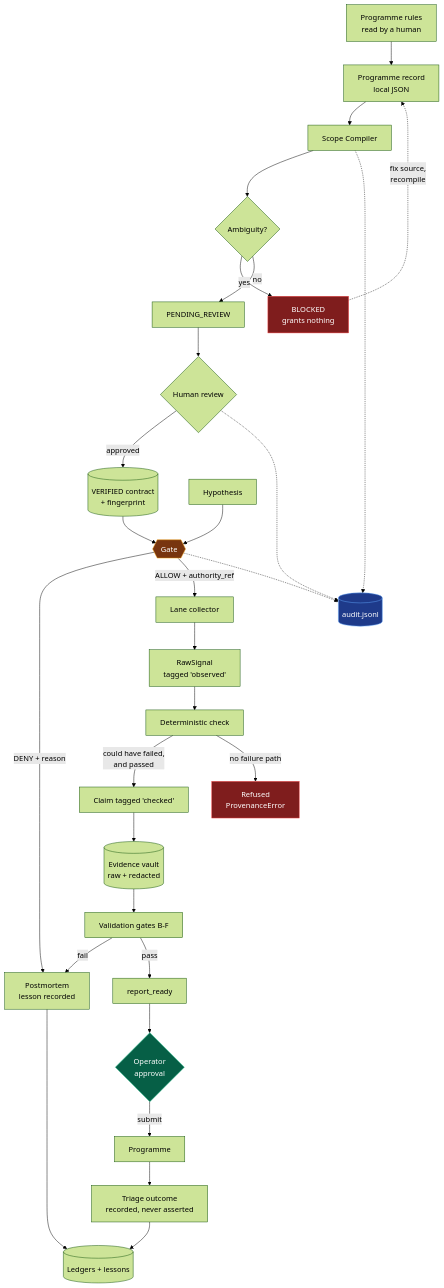
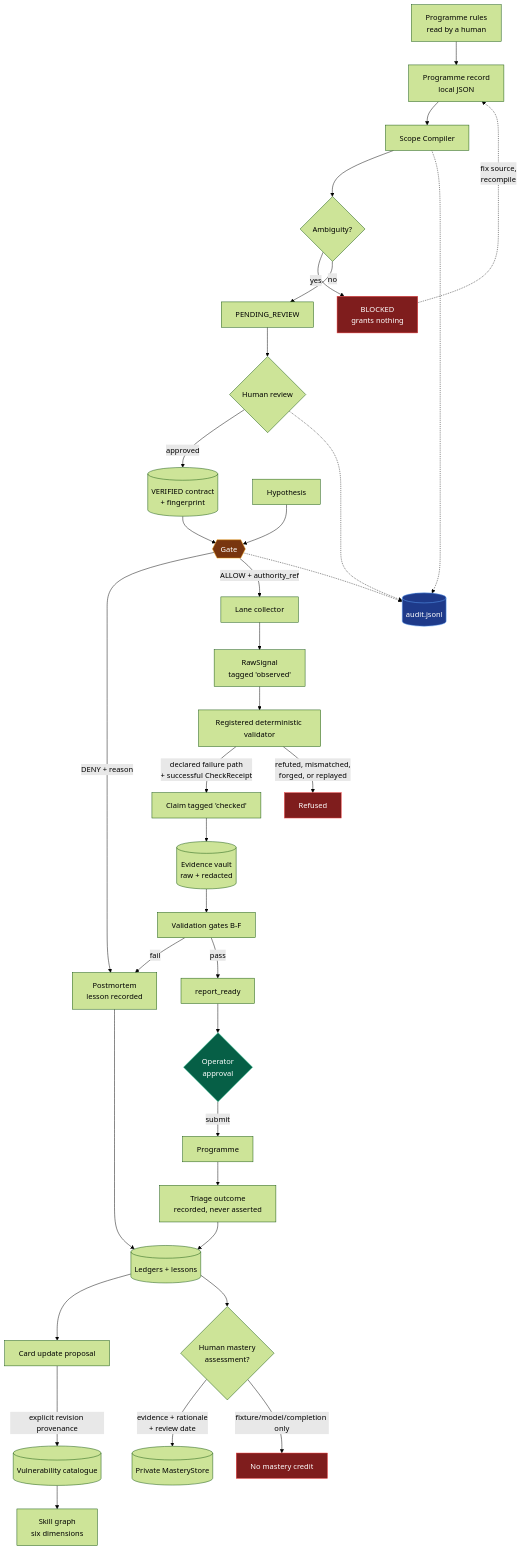
One commit to chasedndt/GreyTheory-Research changed the diagram in Docs/data-flow.md. Above: the diagram before and after it, drawn with Mermaid (forest theme). The commit also changed other lines of this file and 58 other files, not shown here.

Commit message:
feat: add vulnerability cards and skill graph

````diff
--- a/Docs/data-flow.md
+++ b/Docs/data-flow.md
@@ -7,39 +7,46 @@
 ```mermaid
 flowchart TD
     A[Programme rules<br/>read by a human] --> B[Programme record<br/>local JSON]
     B --> C[Scope Compiler]
     C --> D{Ambiguity?}
     D -->|yes| E[BLOCKED<br/>grants nothing]
     E -.->|fix source,<br/>recompile| B
     D -->|no| F[PENDING_REVIEW]
     F --> G{Human review}
     G -->|approved| H[(VERIFIED contract<br/>+ fingerprint)]
     H --> I{{Gate}}
 
     J[Hypothesis] --> I
     I -->|DENY + reason| K[Postmortem<br/>lesson recorded]
     I -->|ALLOW + authority_ref| L[Lane collector]
     L --> M[RawSignal<br/>tagged 'observed']
-    M --> N[Deterministic check]
-    N -->|could have failed,<br/>and passed| O[Claim tagged 'checked']
-    N -->|no failure path| P[Refused<br/>ProvenanceError]
+    M --> N[Registered deterministic validator]
+    N -->|declared failure path<br/>+ successful CheckReceipt| O[Claim tagged 'checked']
+    N -->|refuted, mismatched,<br/>forged, or replayed| P[Refused]
     O --> Q[(Evidence vault<br/>raw + redacted)]
     Q --> R[Validation gates B-F]
     R -->|fail| K
     R -->|pass| S[report_ready]
     S --> T{Operator<br/>approval}
     T -->|submit| U[Programme]
     U --> V[Triage outcome<br/>recorded, never asserted]
     V --> W[(Ledgers + lessons)]
     K --> W
+    W --> Y[Card update proposal]
+    Y -->|explicit revision provenance| Z[(Vulnerability catalogue)]
+    Z --> AA[Skill graph<br/>six dimensions]
+    W --> AB{Human mastery<br/>assessment?}
+    AB -->|evidence + rationale<br/>+ review date| AC[(Private MasteryStore)]
+    AB -->|fixture/model/completion only| AD[No mastery credit]
 
     I -.-> X[(audit.jsonl)]
     C -.-> X
     G -.-> X
 
     style E fill:#7f1d1d,stroke:#ef4444,color:#fff
     style P fill:#7f1d1d,stroke:#ef4444,color:#fff
     style I fill:#78350f,stroke:#f59e0b,color:#fff
     style T fill:#065f46,stroke:#10b981,color:#fff
     style X fill:#1e3a8a,stroke:#60a5fa,color:#fff
+    style AD fill:#7f1d1d,stroke:#ef4444,color:#fff
 ```
````
